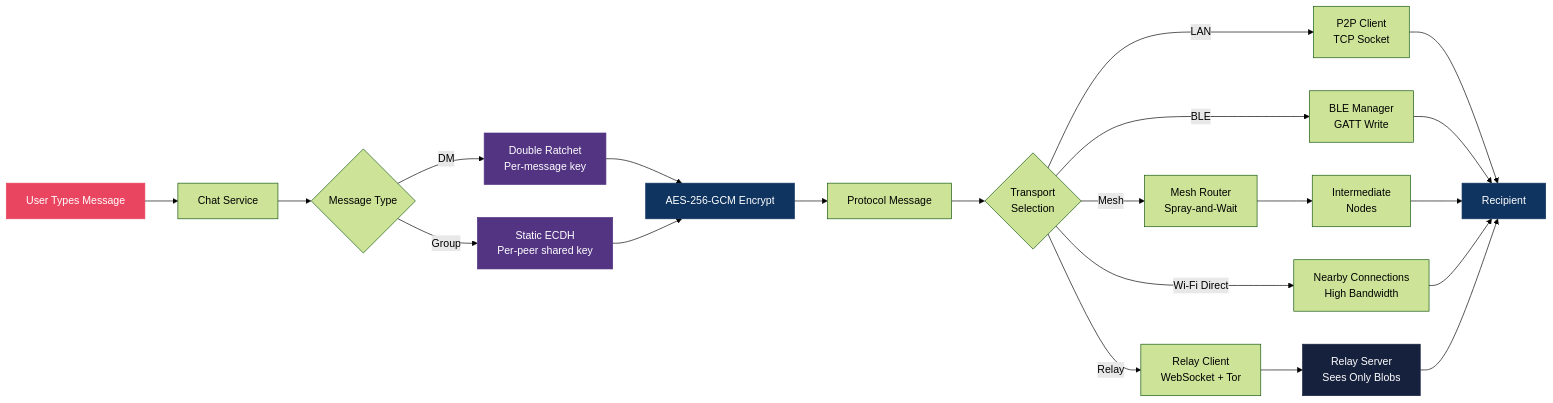
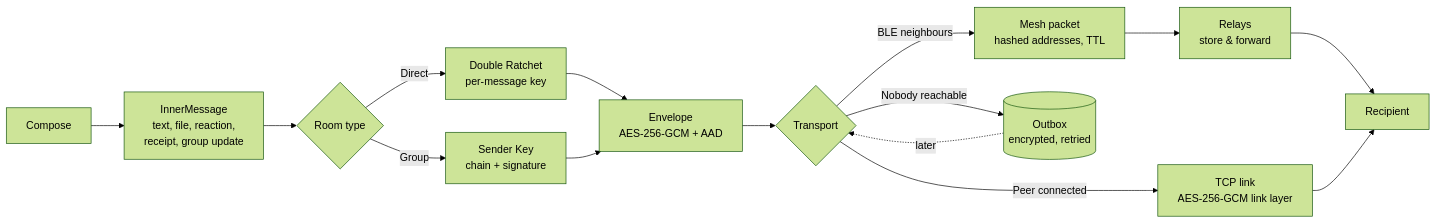
One commit to harshitt13/NyxChat changed the first of 2 diagrams in README.md. Above: the diagram before and after it, drawn with Mermaid (forest theme). The commit also changed other lines of this file and 86 other files, not shown here.

````diff
--- a/README.md
+++ b/README.md
@@ -236,28 +71,16 @@
 ```mermaid
 flowchart LR
-    A[User Types Message] --> B[Chat Service]
-    B --> C{Message Type}
-    C -->|DM| D["Double Ratchet<br/>Per-message key"]
-    C -->|Group| E["Static ECDH<br/>Per-peer shared key"]
-    D --> F[AES-256-GCM Encrypt]
+    A[Compose] --> B[InnerMessage<br/>text, file, reaction,<br/>receipt, group update]
+    B --> C{Room type}
+    C -->|Direct| D[Double Ratchet<br/>per-message key]
+    C -->|Group| E[Sender Key<br/>chain + signature]
+    D --> F[Envelope<br/>AES-256-GCM + AAD]
     E --> F
-    F --> G[Protocol Message]
-    G --> H{Transport<br/>Selection}
-    H -->|LAN| I[P2P Client<br/>TCP Socket]
-    H -->|BLE| J[BLE Manager<br/>GATT Write]
-    H -->|Mesh| K[Mesh Router<br/>Spray-and-Wait]
-    H -->|Wi-Fi Direct| L[Nearby Connections<br/>High Bandwidth]
-    H -->|Relay| M[Relay Client<br/>WebSocket + Tor]
-    I --> N[Recipient]
-    J --> N
-    K --> O[Intermediate<br/>Nodes] --> N
-    L --> N
-    M --> P[Relay Server<br/>Sees Only Blobs] --> N
-
-    style A fill:#e94560,stroke:#e94560,color:#fff
-    style D fill:#533483,stroke:#533483,color:#fff
-    style E fill:#533483,stroke:#533483,color:#fff
-    style F fill:#0f3460,stroke:#0f3460,color:#fff
-    style N fill:#0f3460,stroke:#0f3460,color:#fff
-    style P fill:#16213e,stroke:#16213e,color:#fff
+    F --> G{Transport}
+    G -->|Peer connected| H[TCP link<br/>AES-256-GCM link layer]
+    G -->|BLE neighbours| I[Mesh packet<br/>hashed addresses, TTL]
+    G -->|Nobody reachable| J[(Outbox<br/>encrypted, retried)]
+    I --> K[Relays<br/>store & forward] --> L[Recipient]
+    H --> L
+    J -.->|later| G
 ```
````
